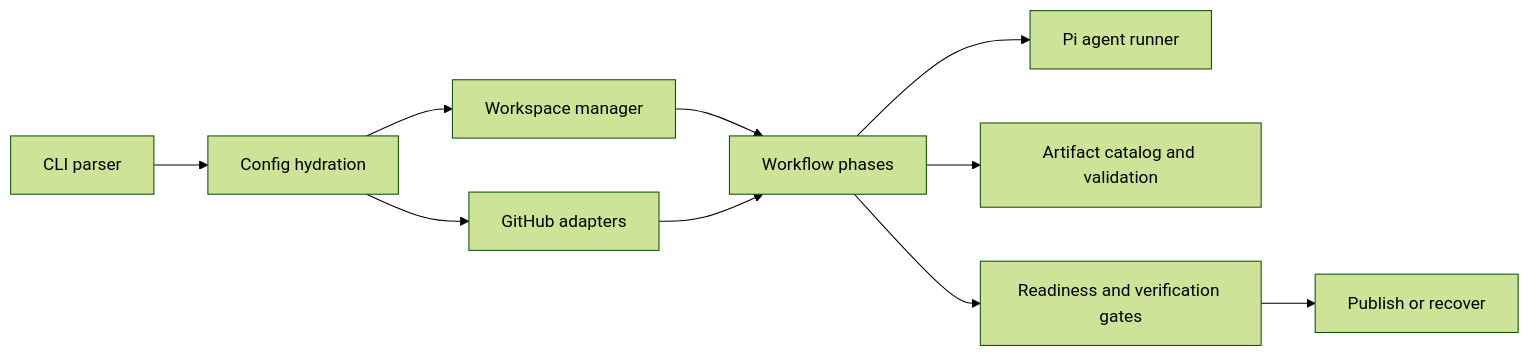
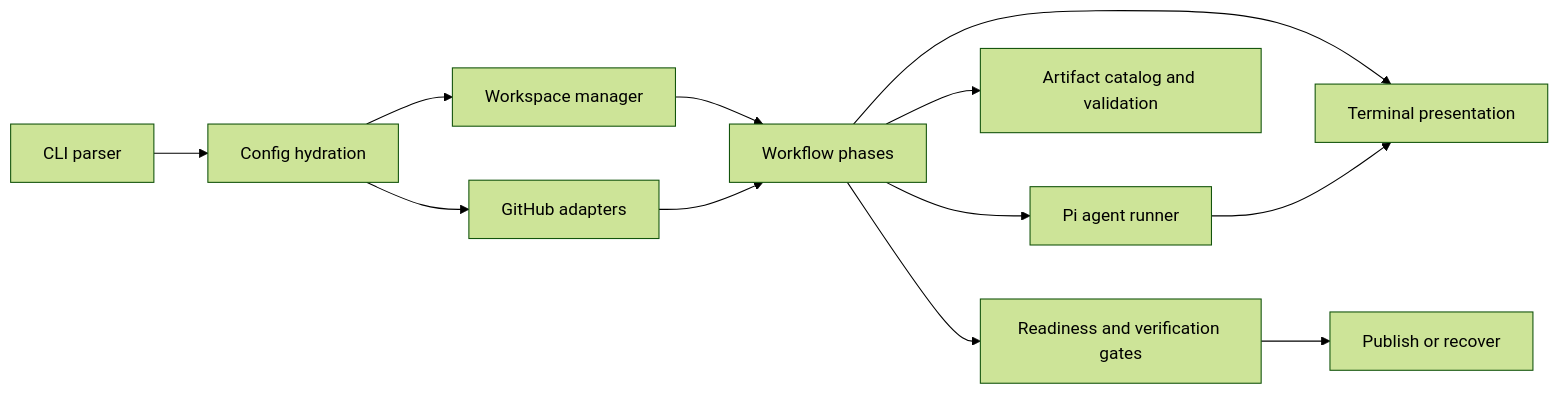
The diagram in docs/architecture.md (marcellocurto/roark-coding-agent), drawn with Mermaid (forest theme) before and after one commit. The commit also changed other lines of this file and 60 other files, not shown here.

````diff
--- a/docs/architecture.md
+++ b/docs/architecture.md
@@ -23,12 +23,14 @@
 ```mermaid
 flowchart LR
   cli["CLI parser"] --> config["Config hydration"]
   config --> github["GitHub adapters"]
   config --> workspace["Workspace manager"]
   workspace --> phases["Workflow phases"]
   github --> phases
+  phases --> presentation["Terminal presentation"]
   phases --> pi["Pi agent runner"]
+  pi --> presentation
   phases --> artifacts["Artifact catalog and validation"]
   phases --> gates["Readiness and verification gates"]
   gates --> publish["Publish or recover"]
 ```
````
